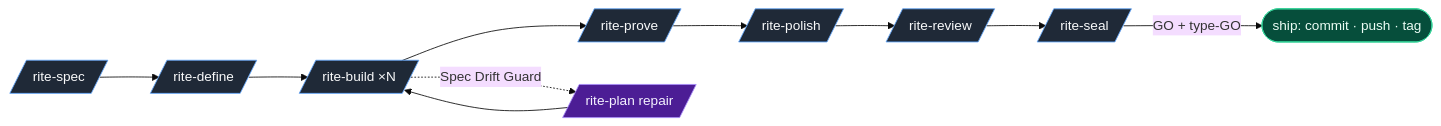
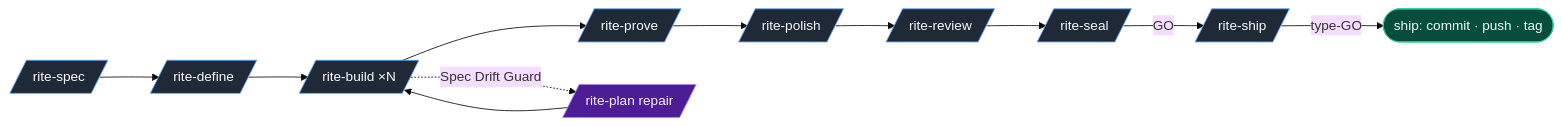
The diagram in README.md (ViktorsBaikers/DevRites), drawn with Mermaid (base theme) before and after one commit. The commit also changed other lines of this file and 10 other files, not shown here.

````diff
--- a/README.md
+++ b/README.md
@@ -64,14 +67,15 @@
 ```mermaid
 flowchart LR
     S[/rite-spec/] --> D[/rite-define/] --> B[/rite-build ×N/] --> P[/rite-prove/] --> Po[/rite-polish/] --> R[/rite-review/] --> Sl[/rite-seal/]
-    Sl -->|GO + type-GO| Ship([ship: commit · push · tag])
+    Sl -->|GO| Sh[/rite-ship/]
+    Sh -->|type-GO| Ship([ship: commit · push · tag])
     B -.->|Spec Drift Guard| Re[/rite-plan repair/]
     Re --> B
 
     classDef phase fill:#1f2937,stroke:#60a5fa,color:#f9fafb
     classDef ship fill:#064e3b,stroke:#34d399,color:#ecfdf5
     classDef repair fill:#4c1d95,stroke:#a78bfa,color:#f5f3ff
-    class S,D,B,P,Po,R,Sl phase
+    class S,D,B,P,Po,R,Sl,Sh phase
     class Ship ship
     class Re repair
 ```
````
